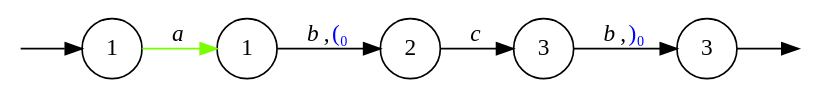
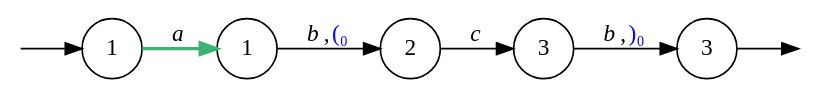
One commit to 0Marble/lgraphs changed the diagram in presentation/graphs/graph1_path3.dot. Above: the diagram before and after it, drawn with Graphviz. The commit also changed 18 other files, not shown here.

```diff
--- a/presentation/graphs/graph1_path3.dot
+++ b/presentation/graphs/graph1_path3.dot
@@ -1,18 +1,18 @@
 digraph {
 	node [shape=circle];
 	Q0 [style=invisible, height=0, width=0, fixedsize=true];
 	Q1 [style=invisible, height=0, width=0, fixedsize=true];
 	graph [rankdir="LR"];
 	0 [label=1];
 	1 [label=1];
 	2 [label=2];
 	3 [label=3];
 	4 [label=3];
 
 	Q0 -> 0;
 	4 -> Q1;
-	0 -> 1  [label=<<i>a</i>>, color=lawngreen ];
+	0 -> 1  [label=<<i>a</i>>, color=mediumseagreen, style=bold ];
 	2 -> 3  [label=<<i>c</i>> ];
 	1 -> 2  [label=<<i>b</i>,<FONT COLOR="blue">(₀</FONT>> ];
 	3 -> 4  [label=<<i>b</i>,<FONT COLOR="blue">)₀</FONT>> ];
 }
```
